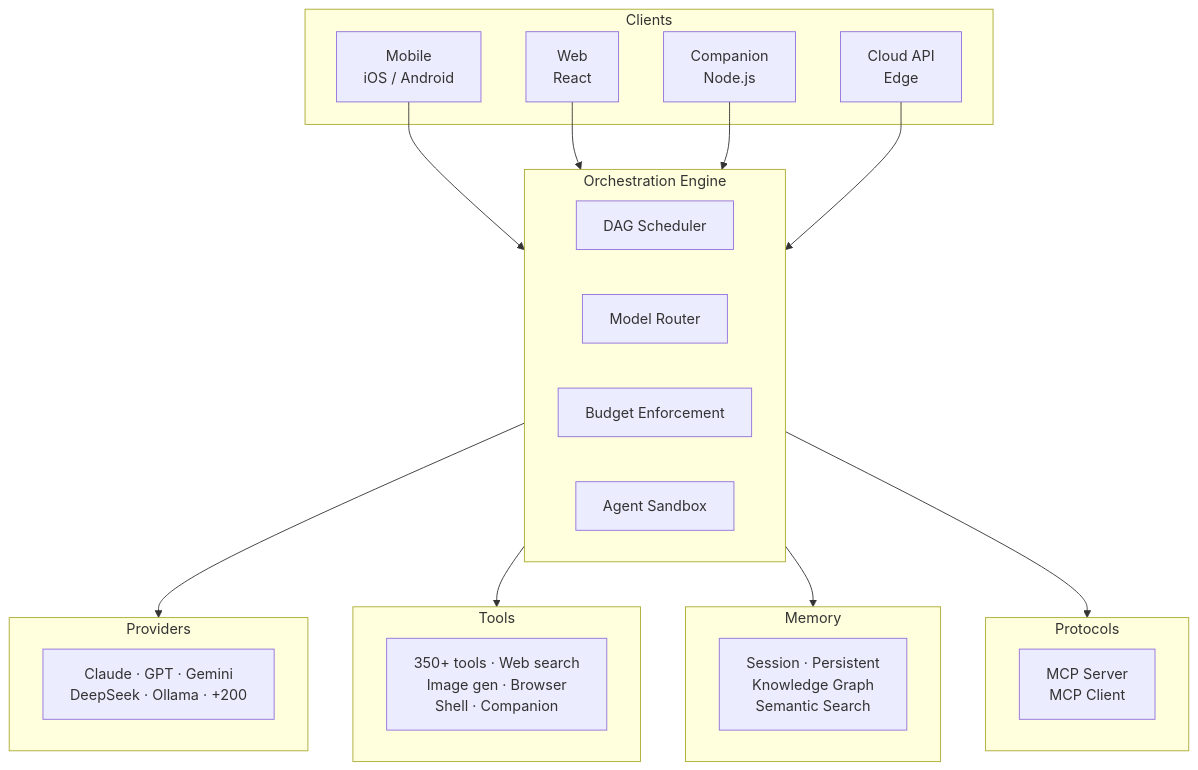
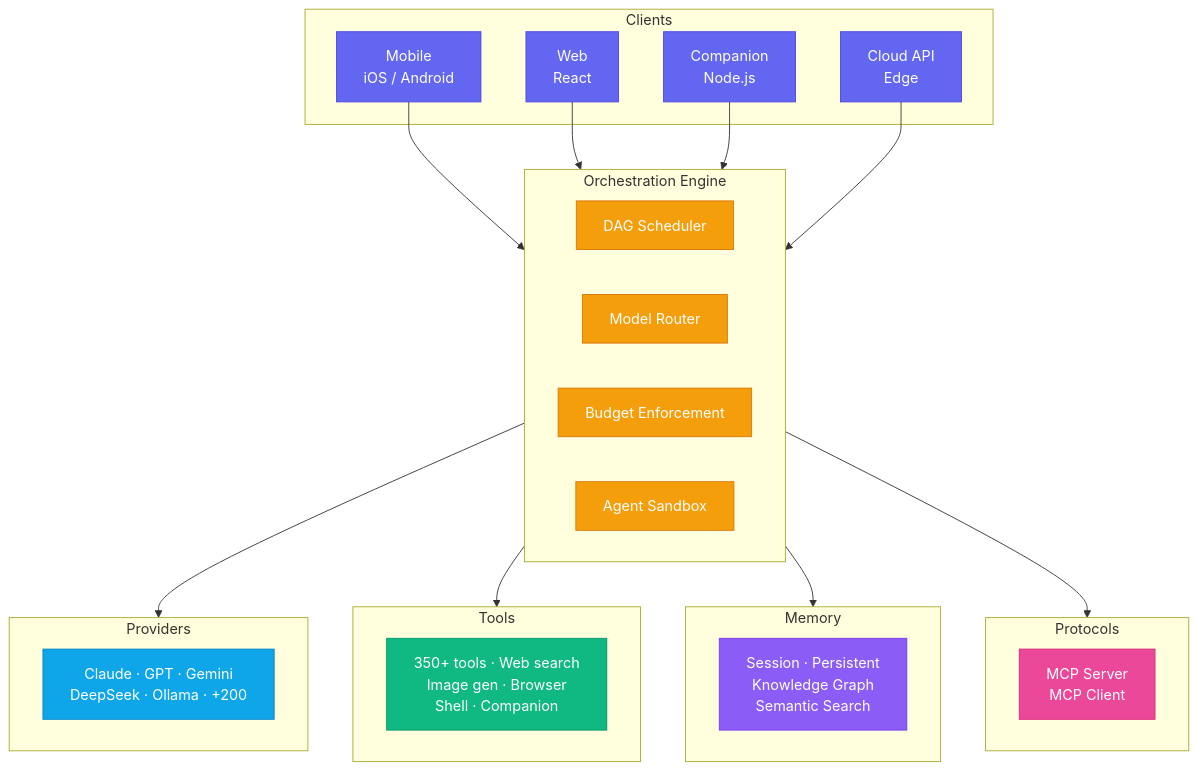
Before and after one commit to devjoaocastro/pulso: the second of 2 diagrams in README.md, drawn with Mermaid. The commit also changed other lines of this file, not shown here.

Commit message:
Style Mermaid diagrams + fix downloads table

````diff
--- a/README.md
+++ b/README.md
@@ -222,38 +229,52 @@
 ```mermaid
 graph TD
-    subgraph Clients
+    subgraph Clients[" Clients "]
         A[Mobile<br/>iOS / Android]
         B[Web<br/>React]
         C[Companion<br/>Node.js]
         D[Cloud API<br/>Edge]
     end
 
-    subgraph Engine[Orchestration Engine]
+    subgraph Engine[" Orchestration Engine "]
         E[DAG Scheduler]
         F[Model Router]
         G[Budget Enforcement]
         H[Agent Sandbox]
     end
 
-    subgraph Providers
+    subgraph Providers[" Providers "]
         I[Claude · GPT · Gemini<br/>DeepSeek · Ollama · +200]
     end
 
-    subgraph Tools
+    subgraph Tools[" Tools "]
         J[350+ tools · Web search<br/>Image gen · Browser<br/>Shell · Companion]
     end
 
-    subgraph Memory
+    subgraph Memory[" Memory "]
         K[Session · Persistent<br/>Knowledge Graph<br/>Semantic Search]
     end
 
-    subgraph Protocols
+    subgraph Protocols[" Protocols "]
         L[MCP Server<br/>MCP Client]
     end
 
     A & B & C & D --> Engine
     Engine --> Providers
     Engine --> Tools
     Engine --> Memory
     Engine --> Protocols
+
+    classDef client fill:#6366f1,stroke:#4f46e5,color:#fff
+    classDef engine fill:#f59e0b,stroke:#d97706,color:#fff
+    classDef provider fill:#0ea5e9,stroke:#0284c7,color:#fff
+    classDef tool fill:#10b981,stroke:#059669,color:#fff
+    classDef memory fill:#8b5cf6,stroke:#7c3aed,color:#fff
+    classDef protocol fill:#ec4899,stroke:#db2777,color:#fff
+
+    class A,B,C,D client
+    class E,F,G,H engine
+    class I provider
+    class J tool
+    class K memory
+    class L protocol
 ```
````
